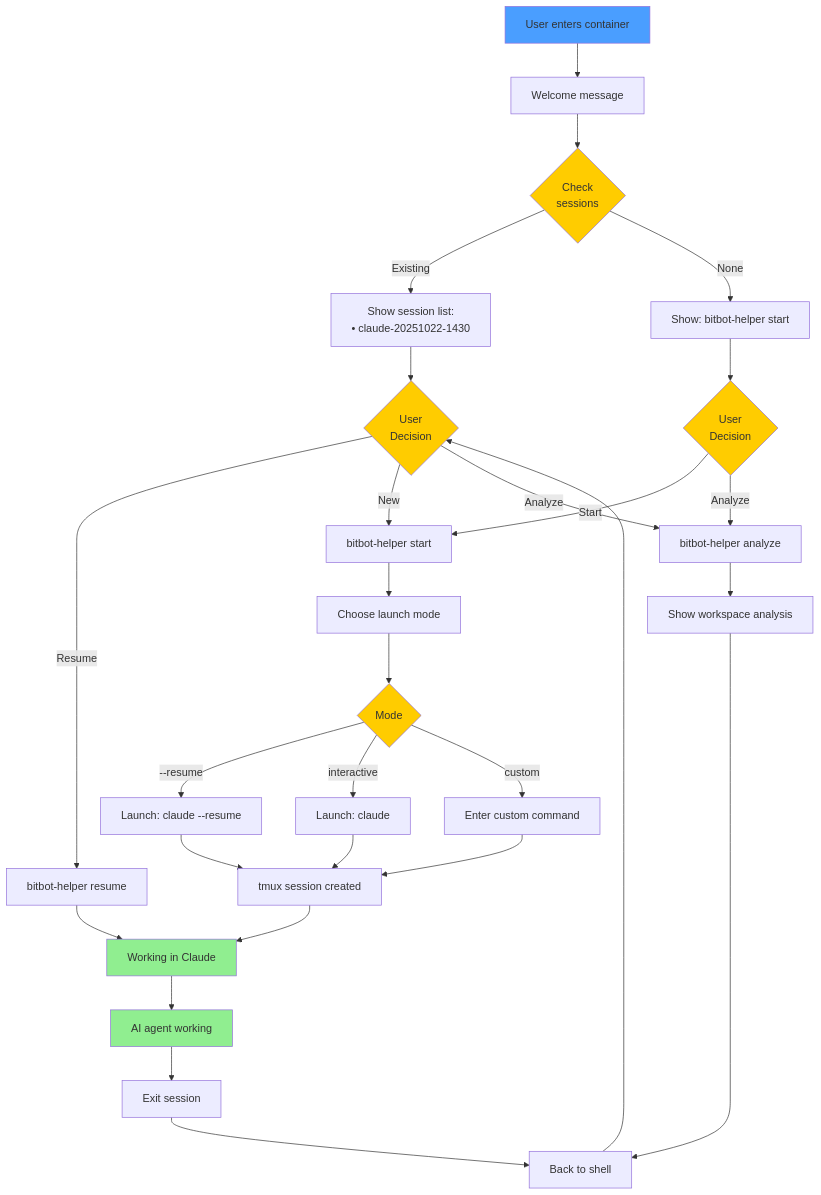
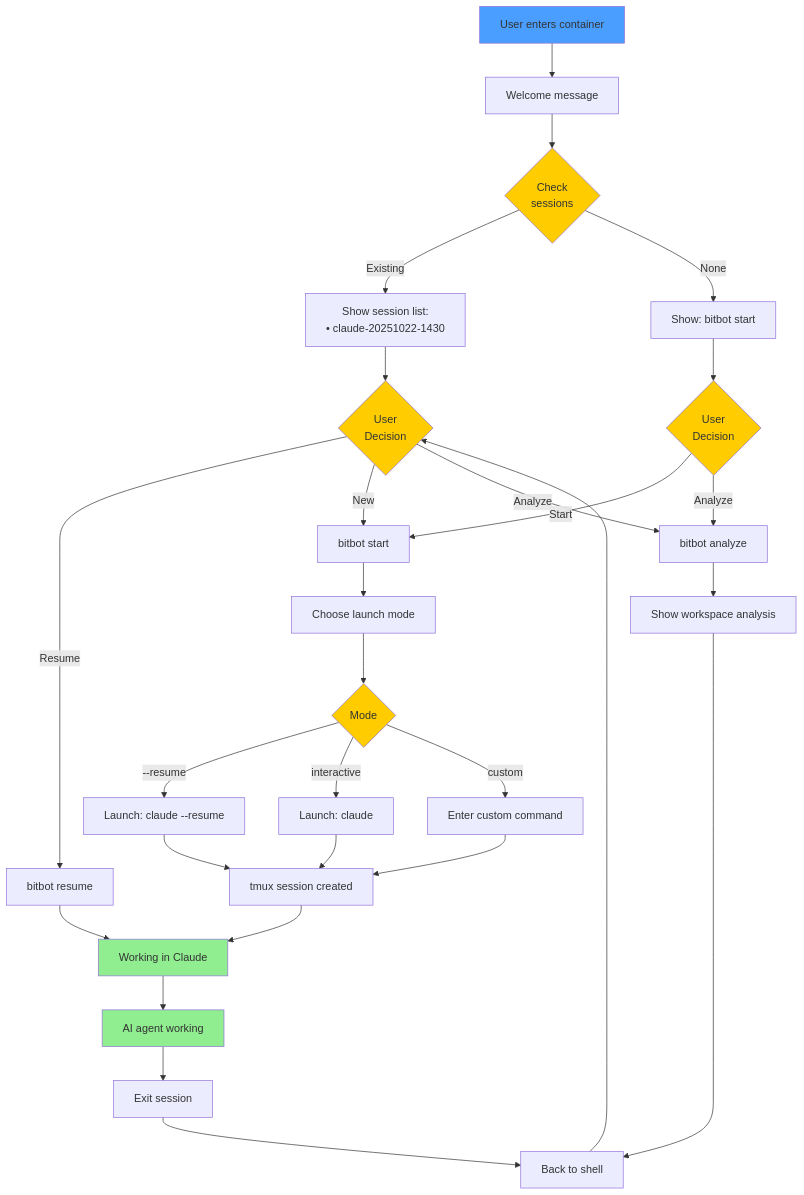
Before and after one commit to ManuelKugelmann/BitBot: the fourth of 5 diagrams in sparc/2-pseudocode/FLOW_INNER_BITBOT.md, drawn with Mermaid. The commit also changed other lines of this file, not shown here.

First line of the commit message:
Update container bitbot flow with transparent behavior

````diff
--- a/sparc/2-pseudocode/FLOW_INNER_BITBOT.md
+++ b/sparc/2-pseudocode/FLOW_INNER_BITBOT.md
@@ -114,49 +135,49 @@
 ```mermaid
 flowchart TD
     Enter[User enters container] --> Welcome[Welcome message]
     Welcome --> Sess{Check<br/>sessions}
 
     Sess -->|Existing| ShowList[Show session list:<br/>• claude-20251022-1430]
-    Sess -->|None| ShowHelp[Show: bitbot-helper start]
+    Sess -->|None| ShowHelp[Show: bitbot start]
 
     ShowList --> UserDec1{User<br/>Decision}
     ShowHelp --> UserDec2{User<br/>Decision}
 
-    UserDec1 -->|Resume| Resume[bitbot-helper resume]
-    UserDec1 -->|New| Start[bitbot-helper start]
-    UserDec1 -->|Analyze| Analyze[bitbot-helper analyze]
+    UserDec1 -->|Resume| Resume[bitbot resume]
+    UserDec1 -->|New| Start[bitbot start]
+    UserDec1 -->|Analyze| Analyze[bitbot analyze]
 
     UserDec2 -->|Start| Start
     UserDec2 -->|Analyze| Analyze
 
     Resume --> InClaude[Working in Claude]
     Start --> LaunchChoice[Choose launch mode]
 
     LaunchChoice --> Mode{Mode}
     Mode -->|--resume| ResumeFlag[Launch: claude --resume]
     Mode -->|interactive| InterMode[Launch: claude]
     Mode -->|custom| CustomCmd[Enter custom command]
 
     ResumeFlag --> Tmux[tmux session created]
     InterMode --> Tmux
     CustomCmd --> Tmux
 
     Tmux --> InClaude
 
     Analyze --> Results[Show workspace analysis]
     Results --> BackShell[Back to shell]
 
     InClaude --> Work[AI agent working]
     Work --> Exit[Exit session]
     Exit --> BackShell
 
     BackShell --> UserDec1
 
     style Enter fill:#4a9eff
     style Sess fill:#ffcc00
     style UserDec1 fill:#ffcc00
     style UserDec2 fill:#ffcc00
     style Mode fill:#ffcc00
     style InClaude fill:#90ee90
     style Work fill:#90ee90
 ```
````
